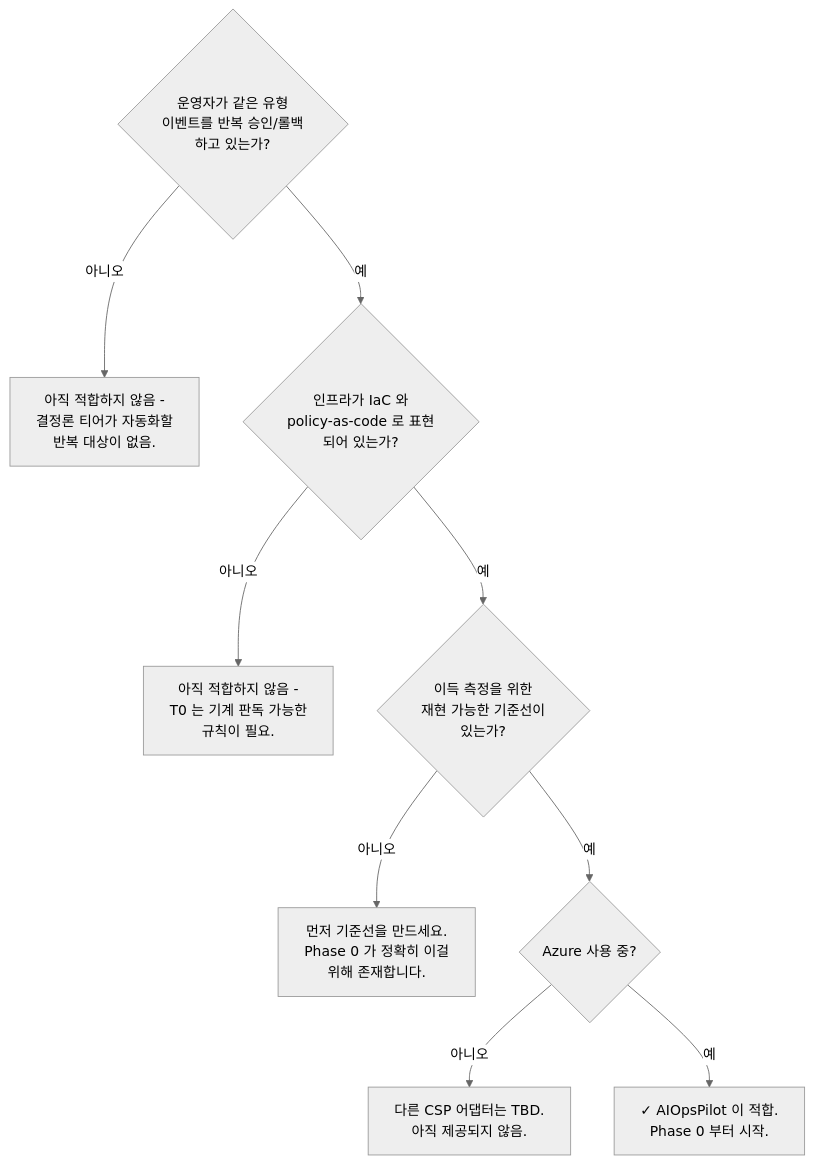
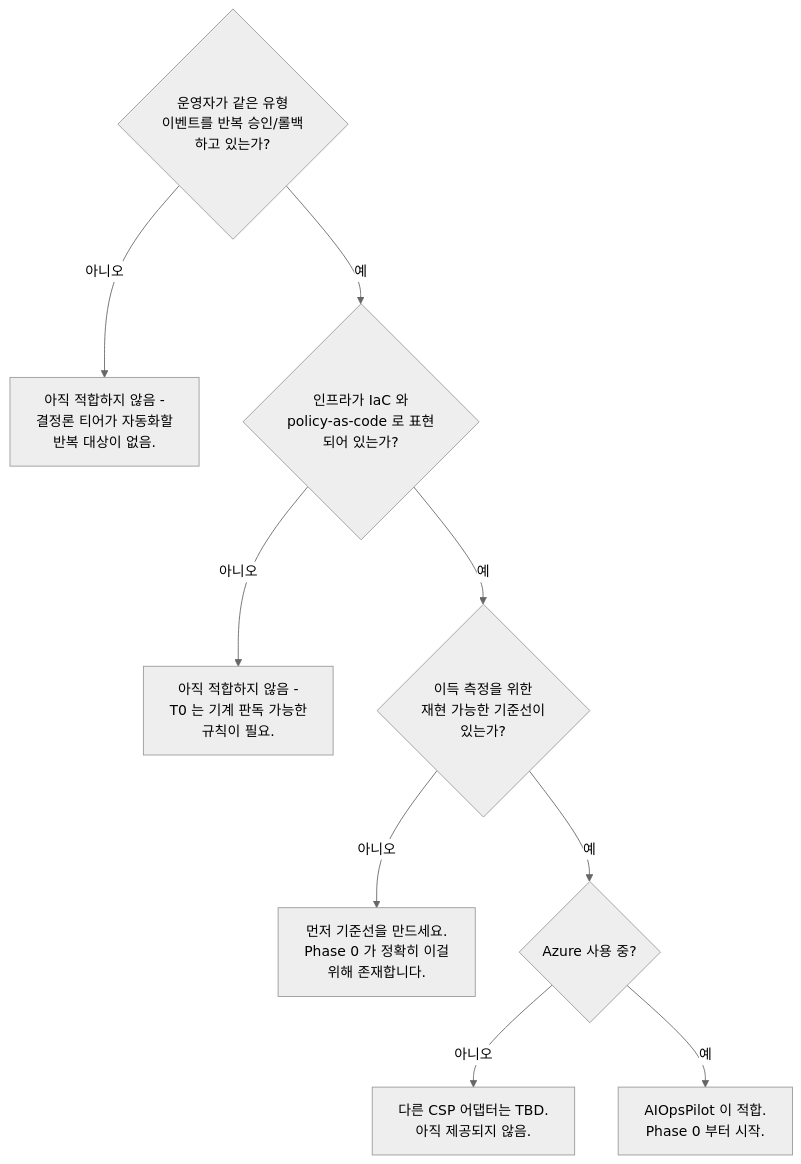
The diagram in docs/user-guide/get-started-ko.md (dotnetpower/azurewatcher), drawn with Mermaid (neutral theme) before and after one commit. The commit also changed other lines of this file and 33 other files, not shown here.

````diff
--- a/docs/user-guide/get-started-ko.md
+++ b/docs/user-guide/get-started-ko.md
@@ -51,12 +77,12 @@
 ```mermaid
 flowchart TB
   Q1{운영자가 같은 유형<br/>이벤트를 반복 승인/롤백<br/>하고 있는가?}
   Q1 -->|아니오| N1[아직 적합하지 않음 -<br/>결정론 티어가 자동화할<br/>반복 대상이 없음.]
   Q1 -->|예| Q2{인프라가 IaC 와<br/>policy-as-code 로 표현<br/>되어 있는가?}
   Q2 -->|아니오| N2[아직 적합하지 않음 -<br/>T0 는 기계 판독 가능한<br/>규칙이 필요.]
   Q2 -->|예| Q3{이득 측정을 위한<br/>재현 가능한 기준선이<br/>있는가?}
   Q3 -->|아니오| N3[먼저 기준선을 만드세요.<br/>Phase 0 가 정확히 이걸<br/>위해 존재합니다.]
   Q3 -->|예| Q4{Azure 사용 중?}
   Q4 -->|아니오| N4[다른 CSP 어댑터는 TBD.<br/>아직 제공되지 않음.]
-  Q4 -->|예| OK[✓ AIOpsPilot 이 적합.<br/>Phase 0 부터 시작.]
+  Q4 -->|예| OK[AIOpsPilot 이 적합.<br/>Phase 0 부터 시작.]
 ```
````
